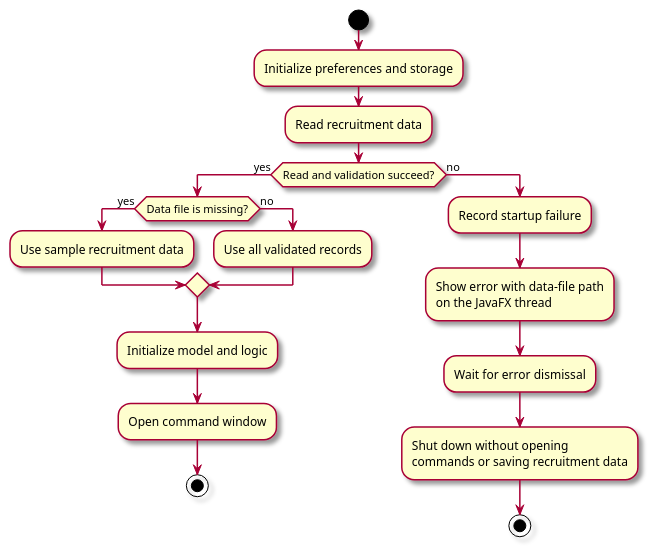
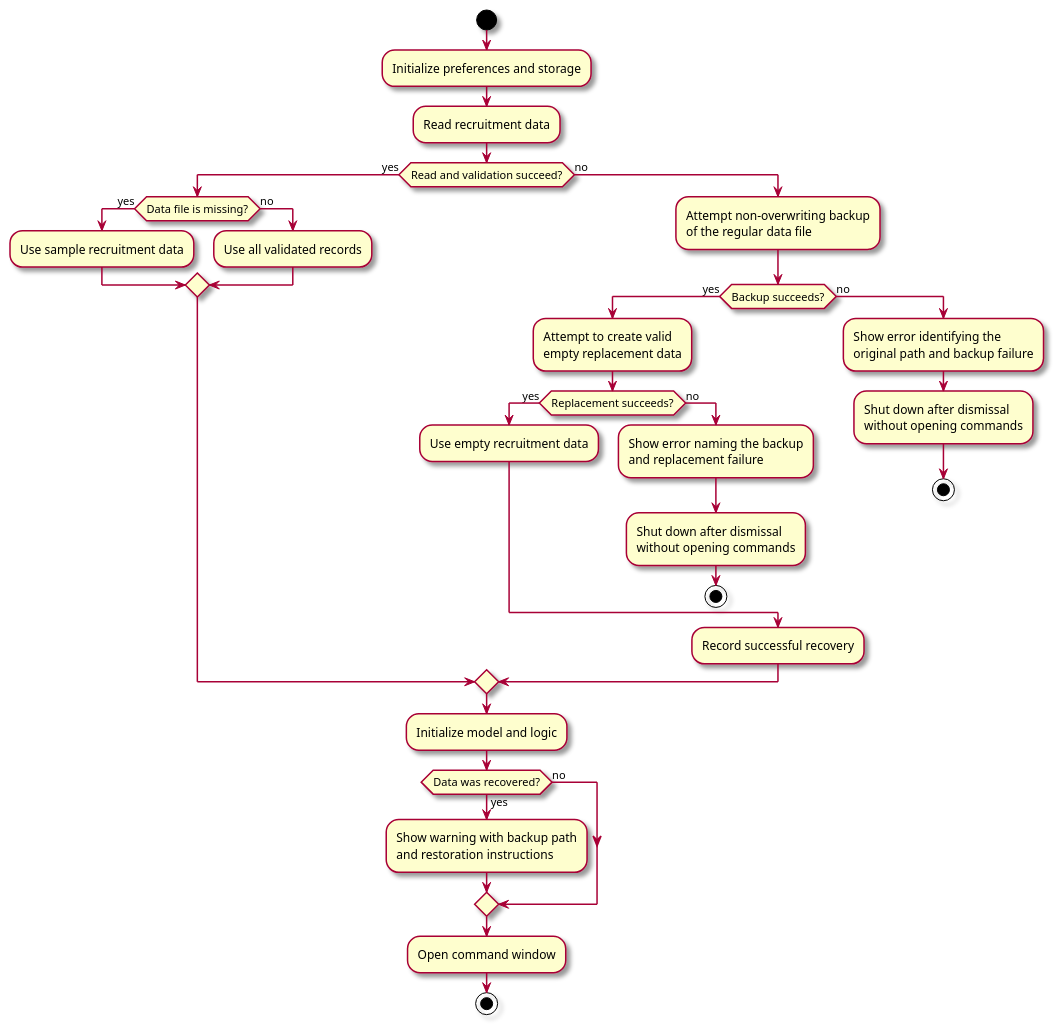
One commit to AY2627S1-CS2103-F12-3/tp changed the diagram in docs/diagrams/RecruitmentDataStartupActivityDiagram.puml. Above: the diagram before and after it, drawn with PlantUML. The commit also changed 9 other files, not shown here.

First line of the commit message:
Recover safely from unreadable recruitment data

```diff
--- a/docs/diagrams/RecruitmentDataStartupActivityDiagram.puml
+++ b/docs/diagrams/RecruitmentDataStartupActivityDiagram.puml
@@ -1,24 +1,44 @@
 @startuml
 skin rose
 start
 :Initialize preferences and storage;
 :Read recruitment data;
 if (Read and validation succeed?) then (yes)
     if (Data file is missing?) then (yes)
         :Use sample recruitment data;
     else (no)
         :Use all validated records;
     endif
-    :Initialize model and logic;
-    :Open command window;
-    stop
 else (no)
-    :Record startup failure;
-    :Show error with data-file path
-    on the JavaFX thread;
-    :Wait for error dismissal;
-    :Shut down without opening
-    commands or saving recruitment data;
-    stop
+    :Attempt non-overwriting backup
+    of the regular data file;
+    if (Backup succeeds?) then (yes)
+        :Attempt to create valid
+        empty replacement data;
+        if (Replacement succeeds?) then (yes)
+            :Use empty recruitment data;
+        else (no)
+            :Show error naming the backup
+            and replacement failure;
+            :Shut down after dismissal
+            without opening commands;
+            stop
+        endif
+    else (no)
+        :Show error identifying the
+        original path and backup failure;
+        :Shut down after dismissal
+        without opening commands;
+        stop
+    endif
+    :Record successful recovery;
 endif
+:Initialize model and logic;
+if (Data was recovered?) then (yes)
+    :Show warning with backup path
+    and restoration instructions;
+else (no)
+endif
+:Open command window;
+stop
 @enduml
```
